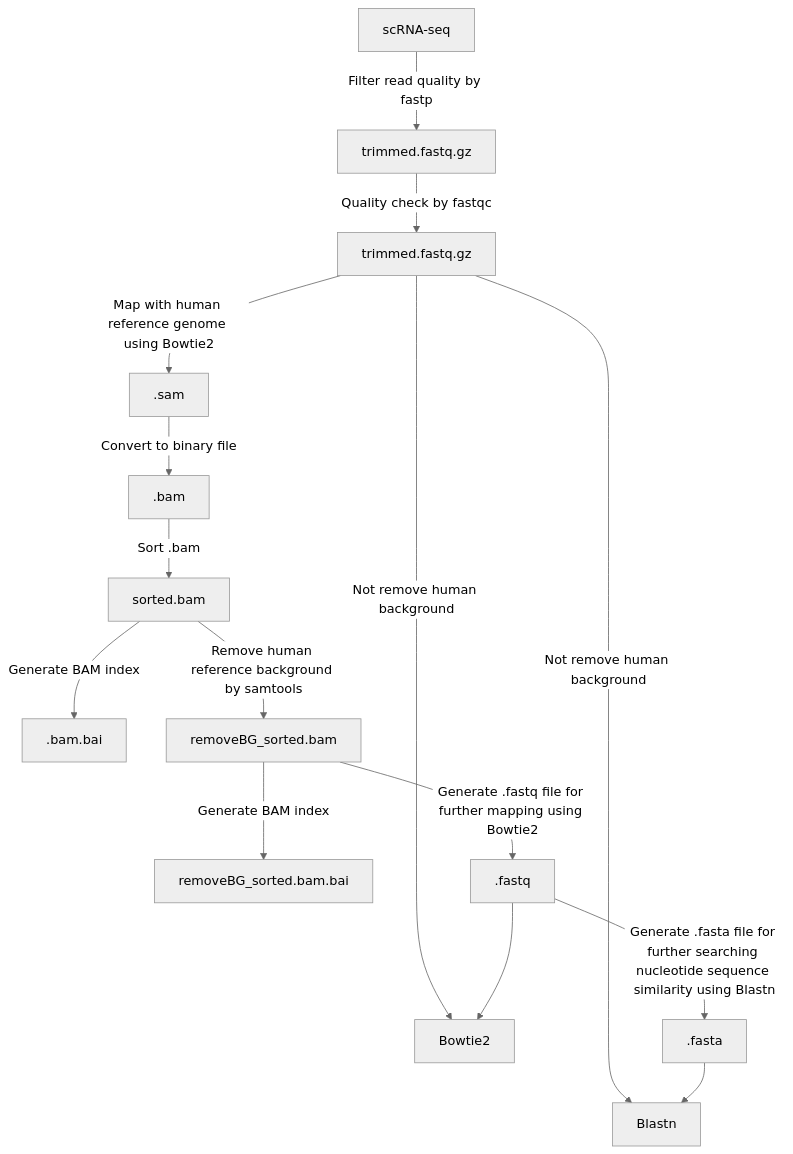
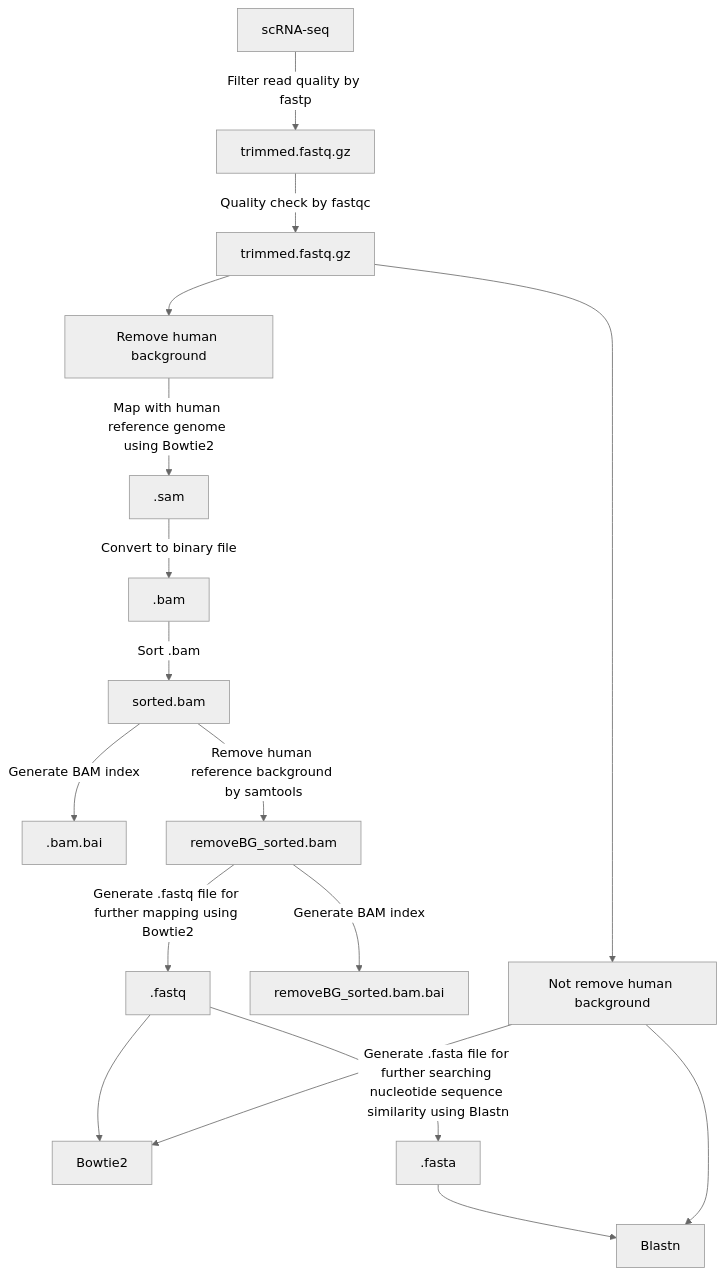
One commit to julaneelee/Human-viruses-detection-in-scRNA-seq changed the diagram in README.md. Above: the diagram before and after it, drawn with Mermaid (neutral theme).

````diff
--- a/README.md
+++ b/README.md
@@ -13,19 +13,21 @@
 ```mermaid
 graph TD;
     A[scRNA-seq]-->|Filter read quality by fastp| B[trimmed.fastq.gz];
     B-->|Quality check by fastqc| C[trimmed.fastq.gz];
-    C--> |Not remove human background| L[Bowtie2];
-    C--> |Not remove human background| M[Blastn];
-    C-->|Map with human reference genome using Bowtie2| D[.sam];
+    C--> N[Not remove human background];
+    C--> O[Remove human background];
+    N--> L[Bowtie2];
+    N--> M[Blastn];
+    O-->|Map with human reference genome using Bowtie2| D[.sam];
     D-->|Convert to binary file| E[.bam];
     E-->|Sort .bam| F[sorted.bam];
     F-->|Generate BAM index| G[.bam.bai];
     F-->|Remove human reference background by samtools| H[removeBG_sorted.bam] ;
     H-->|Generate BAM index| I[removeBG_sorted.bam.bai];
     H-->|Generate .fastq file for further mapping using Bowtie2| J[.fastq];
     J-->|Generate .fasta file for further searching nucleotide sequence similarity using Blastn| K[.fasta];
     J-->L[Bowtie2];
     K-->M[Blastn];
   
     
 ```
````
